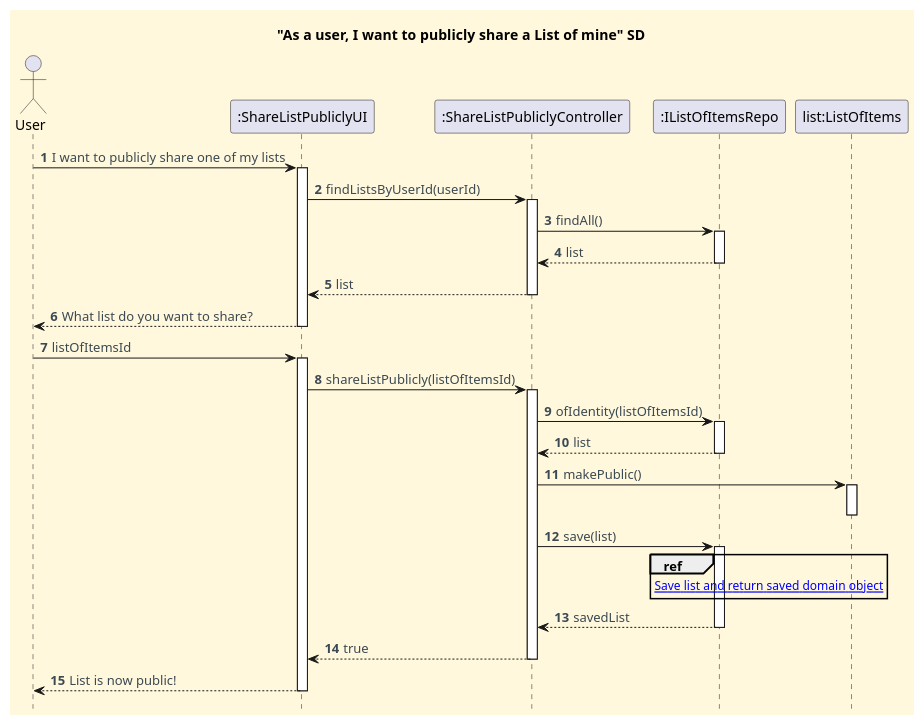
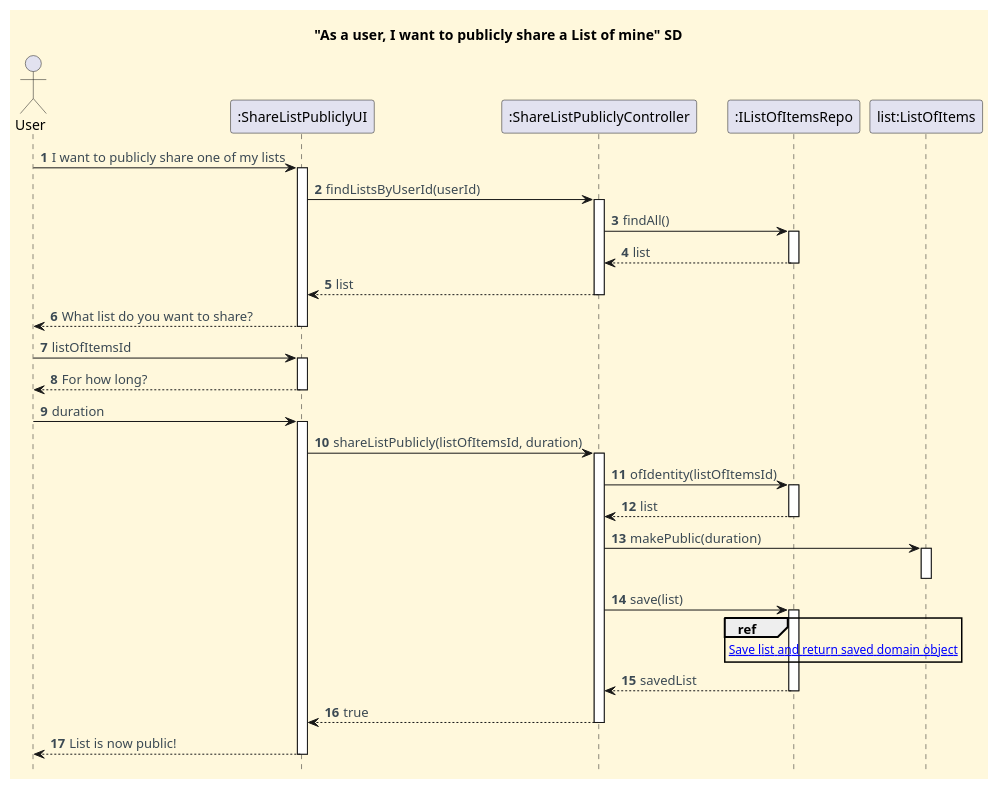
One commit to CarolinaLeite-collab/JavaMarketplacePlatform changed the diagram in docs/functionalities/user/publicly-share-list-of-mine/To_Publicly_Share_A_List_Of_Mine_SD.puml. Above: the diagram before and after it, drawn with PlantUML. The commit also changed 2 other files, not shown here.

Commit message:
Docs: Update US019 diagrams to reflect SharedDuration, Refs #891

```diff
--- a/docs/functionalities/user/publicly-share-list-of-mine/To_Publicly_Share_A_List_Of_Mine_SD.puml
+++ b/docs/functionalities/user/publicly-share-list-of-mine/To_Publicly_Share_A_List_Of_Mine_SD.puml
@@ -1,67 +1,72 @@
 @startuml
 title "As a user, I want to publicly share a List of mine" SD
 hide footbox
 
 skinparam monochrome false
 skinparam shadowing false
 skinparam defaultFontName Futura
 skinparam objectFontSize 20
 skinparam backgroundColor CornSilk
 skinparam objectBackgroundColor WhiteSmoke
 skinparam noteBackgroundColor #FFFFE0
 skinparam ArrowFontColor #3B4953
 skinparam ActivationBackgroundColor black
 
 autonumber
 autoactivate off
 
 actor "User"
 participant ":ShareListPubliclyUI" as UI
 participant ":ShareListPubliclyController" as Ctl
 participant ":IListOfItemsRepo" as IListRepo
 
 "User" -> UI : I want to publicly share one of my lists
 activate UI
 
 UI -> Ctl : findListsByUserId(userId)
 activate Ctl
 Ctl -> IListRepo : findAll()
 activate IListRepo
 IListRepo --> Ctl :  list
 deactivate IListRepo
 Ctl --> UI : list
 deactivate Ctl
 
 UI --> "User" : What list do you want to share?
 deactivate UI
 "User" -> UI : listOfItemsId
 activate UI
 
-UI -> Ctl : shareListPublicly(listOfItemsId)
+UI --> "User" : For how long?
+deactivate UI
+"User" -> UI : duration
+activate UI
+
+UI -> Ctl : shareListPublicly(listOfItemsId, duration)
 activate Ctl
 
 Ctl -> IListRepo : ofIdentity(listOfItemsId)
 activate IListRepo
 IListRepo --> Ctl : list
 deactivate IListRepo
 
-Ctl -> "list:ListOfItems" : makePublic()
+Ctl -> "list:ListOfItems" : makePublic(duration)
 activate "list:ListOfItems"
 deactivate "list:ListOfItems"
 
 Ctl -> IListRepo : save(list)
 
 ref over IListRepo
 [[sd-ref-diagrams/Save_ListOfItems.puml Save list and return saved domain object]]
 end ref
 
 activate IListRepo
 IListRepo --> Ctl : savedList
 deactivate IListRepo
 
 Ctl --> UI : true
 deactivate Ctl
 UI --> "User" : List is now public!
 deactivate UI
 
 @enduml
```
